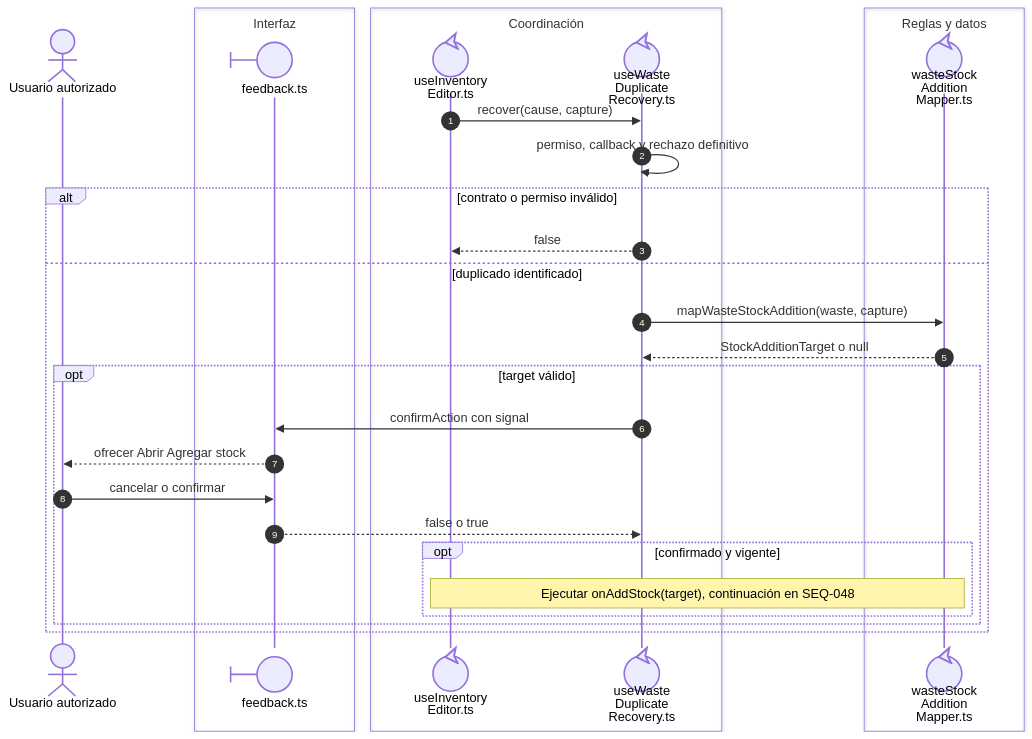
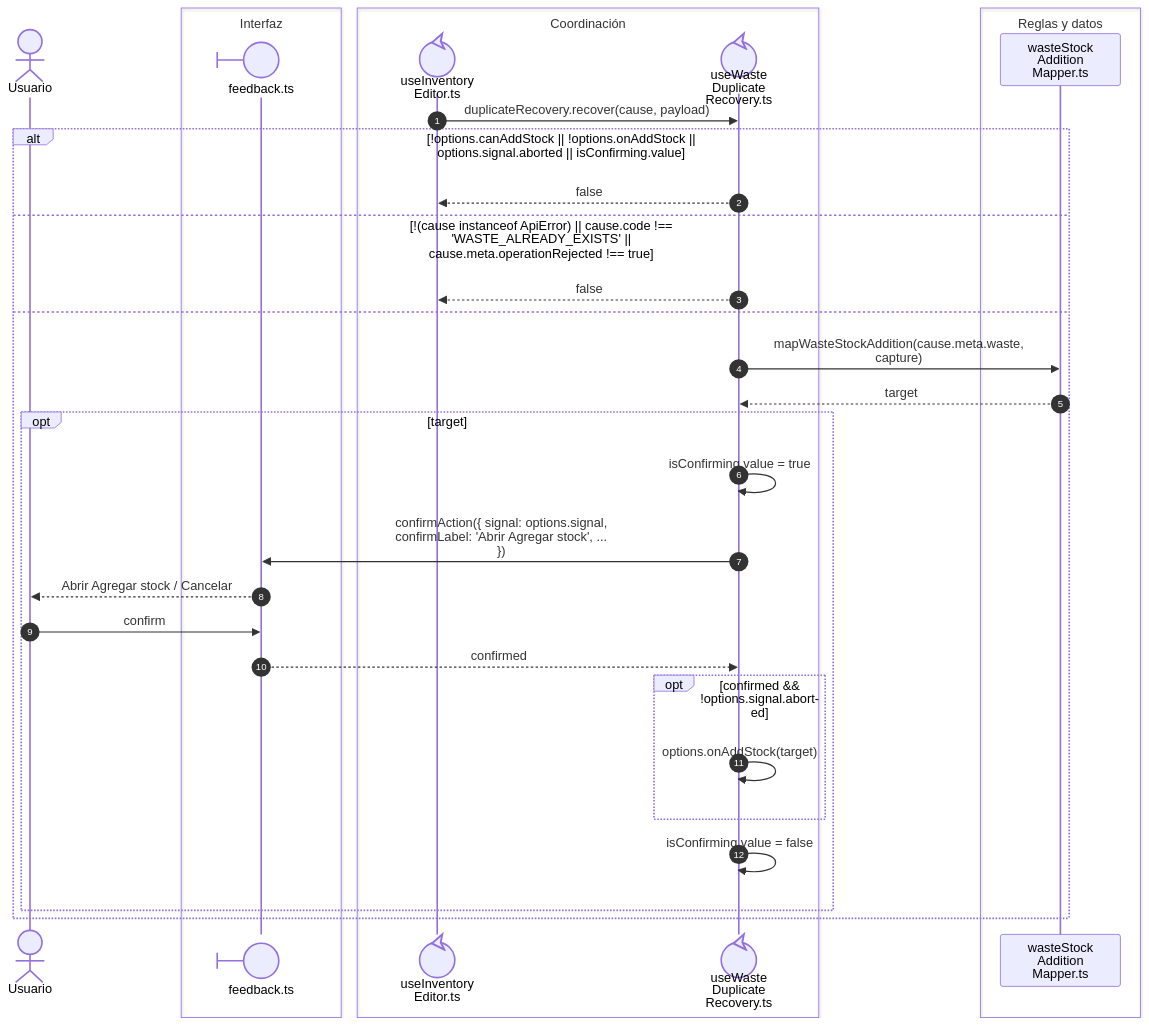
One commit to gpgsistemas01/nexus changed the first of 2 diagrams in front/docs/architecture/views/processes/05-warehouse/03-waste-duplicate.md. Above: the diagram before and after it, drawn with Mermaid. The commit also changed other lines of this file and 43 other files, not shown here.

````diff
--- a/front/docs/architecture/views/processes/05-warehouse/03-waste-duplicate.md
+++ b/front/docs/architecture/views/processes/05-warehouse/03-waste-duplicate.md
@@ -13,32 +9,35 @@
 ```mermaid
 sequenceDiagram
     autonumber
-    actor U as Usuario autorizado
+    actor U as Usuario
     box Interfaz
     participant Feedback@{ "type": "boundary" } as feedback.ts
     end
     box Coordinación
     participant Editor@{ "type": "control" } as useInventory<br/>Editor.ts
     participant Recovery@{ "type": "control" } as useWaste<br/>Duplicate<br/>Recovery.ts
     end
     box Reglas y datos
-    participant Mapper@{ "type": "control" } as wasteStock<br/>Addition<br/>Mapper.ts
+    participant Mapper as wasteStock<br/>Addition<br/>Mapper.ts
     end
-    Editor->>Recovery: recover(cause, capture)
-    Recovery->>Recovery: permiso, callback y rechazo definitivo
-    alt contrato o permiso inválido
-        Recovery-->>Editor: false
-    else duplicado identificado
-        Recovery->>Mapper: mapWasteStockAddition(waste, capture)
-        Mapper-->>Recovery: StockAdditionTarget o null
-        opt target válido
-            Recovery->>Feedback: confirmAction con signal
-            Feedback-->>U: ofrecer Abrir Agregar stock
-            U->>Feedback: cancelar o confirmar
-            Feedback-->>Recovery: false o true
-            opt confirmado y vigente
-                Note over Editor,Mapper: Ejecutar onAddStock(target), continuación en SEQ-048
+    Editor->>Recovery: nowrap: duplicateRecovery.recover(cause, payload)
+    alt nowrap: !options.canAddStock || !options.onAddStock ||<br/>options.signal.aborted || isConfirming.value
+        Recovery-->>Editor: nowrap: false
+    else nowrap: !(cause instanceof ApiError) || cause.code !==<br/>'WASTE_ALREADY_EXISTS' ||<br/>cause.meta.operationRejected !== true
+        Recovery-->>Editor: nowrap: false
+    else
+        Recovery->>Mapper: nowrap: mapWasteStockAddition(cause.meta.waste,<br/>capture)
+        Mapper-->>Recovery: nowrap: target
+        opt nowrap: target
+            Recovery->>Recovery: nowrap: isConfirming.value = true
+            Recovery->>Feedback: nowrap: confirmAction({ signal: options.signal,<br/>confirmLabel: 'Abrir Agregar stock', ...<br/>})
+            Feedback-->>U: nowrap: Abrir Agregar stock / Cancelar
+            U->>Feedback: nowrap: confirm
+            Feedback-->>Recovery: nowrap: confirmed
+            opt nowrap: confirmed && !options.signal.aborted
+                Recovery->>Recovery: nowrap: options.onAddStock(target)
             end
+            Recovery->>Recovery: nowrap: isConfirming.value = false
         end
     end
 ```
````
